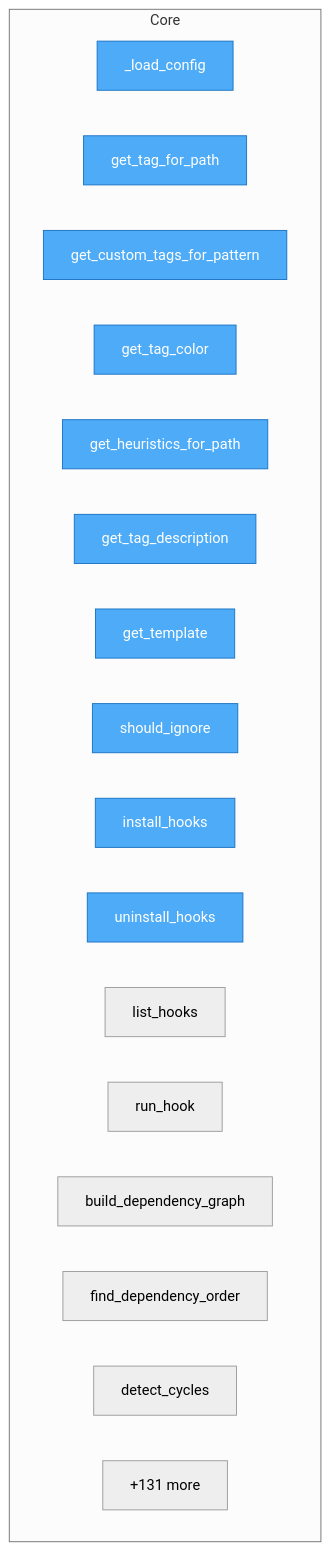
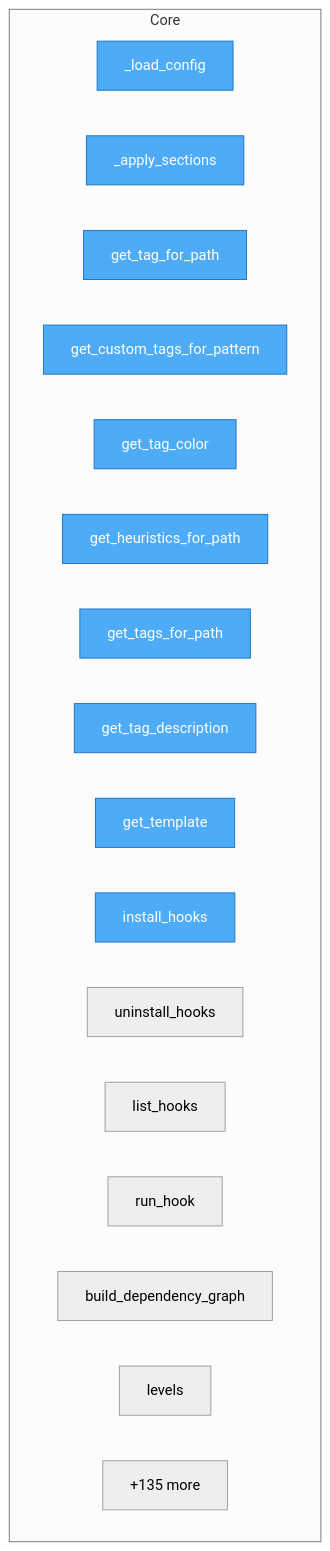
The diagram in project/flow.mmd (semcod/tagi), drawn with Mermaid (neutral theme) before and after one commit. The commit also changed 17 other files, not shown here.

```diff
--- a/project/flow.mmd
+++ b/project/flow.mmd
@@ -1,26 +1,26 @@
 flowchart TD
-%% generated in 0.01s
+%% generated in 0.00s
 
     %% Entry points (blue)
     classDef entry fill:#4dabf7,stroke:#1971c2,color:#fff
 
     subgraph Core
         src__tagi__config__Config___load_config["_load_config"]
+        src__tagi__config__Config___apply_sections["_apply_sections"]
         src__tagi__config__Config__get_tag_for_path["get_tag_for_path"]
         src__tagi__config__Config__get_custom_tags_for_pattern["get_custom_tags_for_pattern"]
         src__tagi__config__Config__get_tag_color["get_tag_color"]
         src__tagi__config__Config__get_heuristics_for_path["get_heuristics_for_path"]
+        src__tagi__config__Config__get_tags_for_path["get_tags_for_path"]
         src__tagi__config__Config__get_tag_description["get_tag_description"]
         src__tagi__config__Config__get_template["get_template"]
-        src__tagi__config__Config__should_ignore["should_ignore"]
         src__tagi__hooks__install_hooks["install_hooks"]
         src__tagi__hooks__uninstall_hooks["uninstall_hooks"]
         src__tagi__hooks__list_hooks["list_hooks"]
         src__tagi__hooks__run_hook["run_hook"]
         src__tagi__analyzer__dependency_graph__build_dependency_graph["build_dependency_graph"]
-        src__tagi__analyzer__dependency_graph__find_dependency_order["find_dependency_order"]
-        src__tagi__analyzer__dependency_graph__detect_cycles["detect_cycles"]
-        ...["+131 more"]
+        src__tagi__analyzer__dependency_graph___LevelOrder__levels["levels"]
+        ...["+135 more"]
     end
 
-    class src__tagi__config__Config___load_config,src__tagi__config__Config__get_tag_for_path,src__tagi__config__Config__get_custom_tags_for_pattern,src__tagi__config__Config__get_tag_color,src__tagi__config__Config__get_heuristics_for_path,src__tagi__config__Config__get_tag_description,src__tagi__config__Config__get_template,src__tagi__config__Config__should_ignore,src__tagi__hooks__install_hooks,src__tagi__hooks__uninstall_hooks entry
+    class src__tagi__config__Config___load_config,src__tagi__config__Config___apply_sections,src__tagi__config__Config__get_tag_for_path,src__tagi__config__Config__get_custom_tags_for_pattern,src__tagi__config__Config__get_tag_color,src__tagi__config__Config__get_heuristics_for_path,src__tagi__config__Config__get_tags_for_path,src__tagi__config__Config__get_tag_description,src__tagi__config__Config__get_template,src__tagi__hooks__install_hooks entry
```
